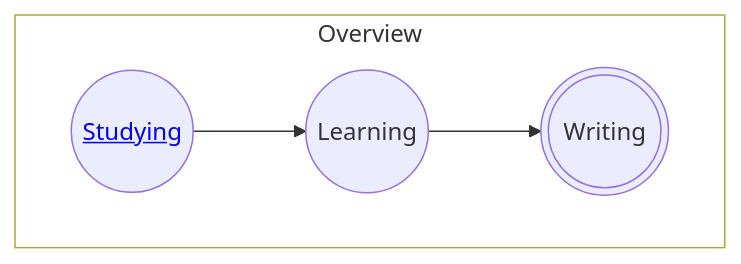
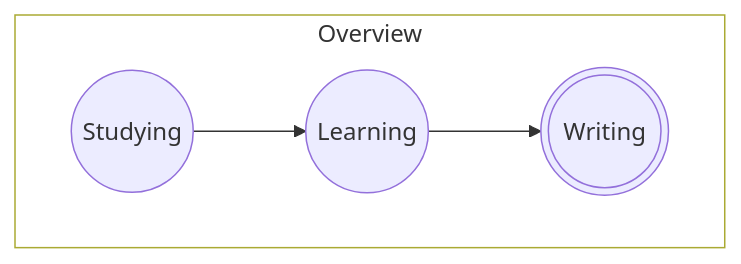
One commit to aurelius-shu/lmsl changed the first of 2 diagrams in README.md. Above: the diagram before and after it, drawn with Mermaid. The commit also changed other lines of this file, not shown here.

````diff
--- a/README.md
+++ b/README.md
@@ -1,8 +1,8 @@
 ```mermaid
 flowchart TB
   subgraph overview [Overview]
     direction LR
-    studying((<a href='./studying/readme.md'>Studying</a>)) --> learning((Learning)) --> writing(((Writing)))
+    studying((Studying)) --> learning((Learning)) --> writing(((Writing)))
   end
   style overview fill:#fff
 ```
````
